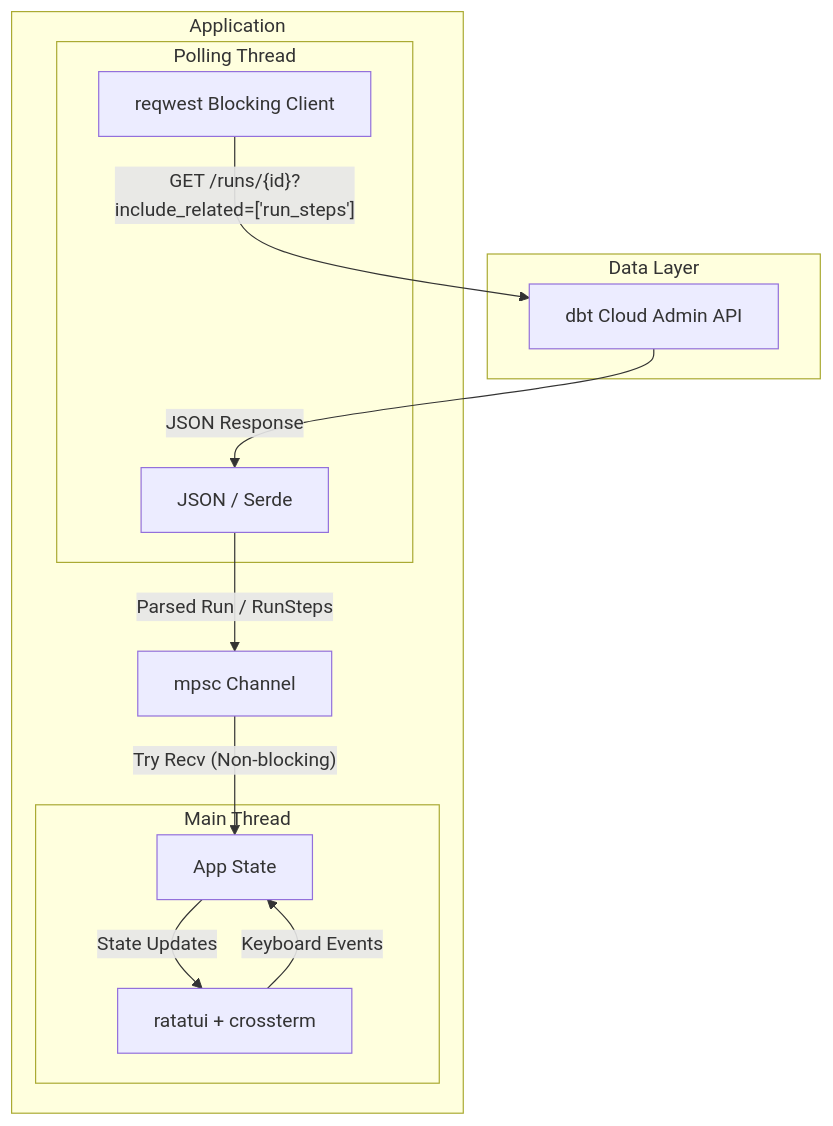
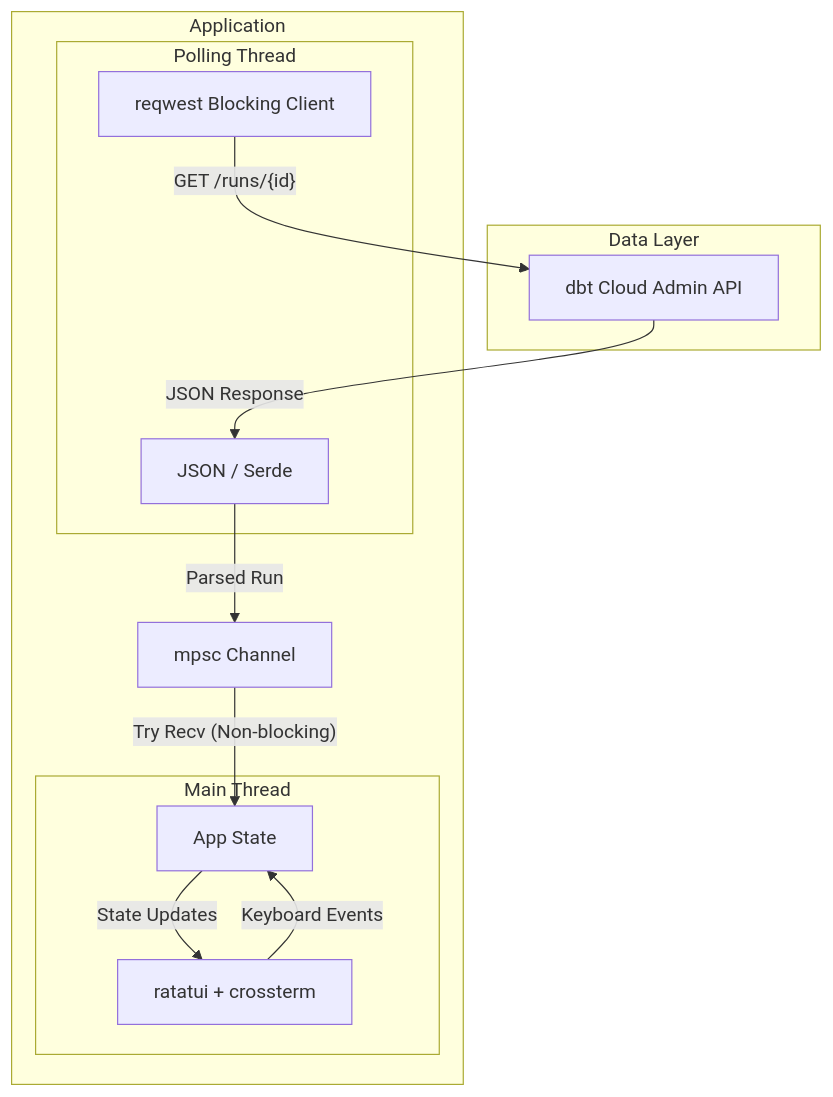
One commit to rotek123/dbt-ops changed the diagram in README.md. Above: the diagram before and after it, drawn with Mermaid. The commit also changed other lines of this file, not shown here.

Commit message:
docs: rewrite README for dbt-ops capabilities and include API link

````diff
--- a/README.md
+++ b/README.md
@@ -9,27 +74,27 @@
 ```mermaid
 flowchart TD
     subgraph Data Layer
         API[dbt Cloud Admin API]
     end
 
     subgraph Application
         subgraph Polling Thread
             Reqwest[reqwest Blocking Client]
             Parser[JSON / Serde]
         end
         
         subgraph Main Thread
             UI[ratatui + crossterm]
             AppState[App State]
         end
         
         Channel[mpsc Channel]
     end
 
-    Reqwest -- "GET /runs/{id}?include_related=['run_steps']" --> API
+    Reqwest -- "GET /runs/{id}" --> API
     API -- "JSON Response" --> Parser
-    Parser -- "Parsed Run / RunSteps" --> Channel
+    Parser -- "Parsed Run" --> Channel
     Channel -- "Try Recv (Non-blocking)" --> AppState
     AppState -- "State Updates" --> UI
     UI -- "Keyboard Events" --> AppState
 ```
````
